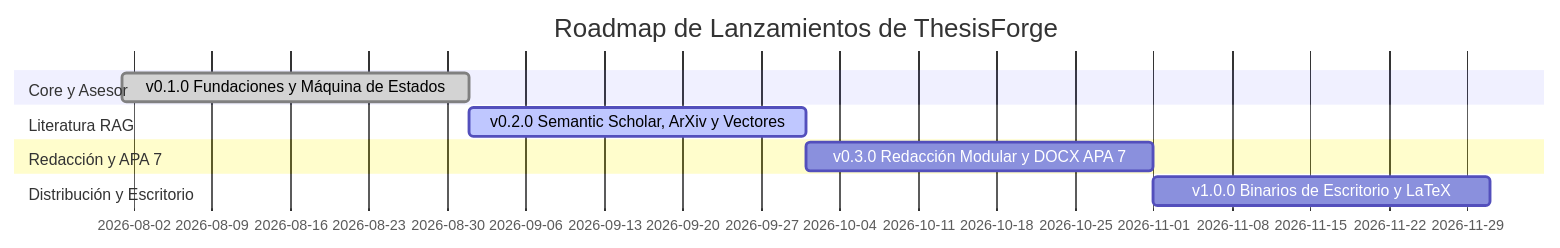
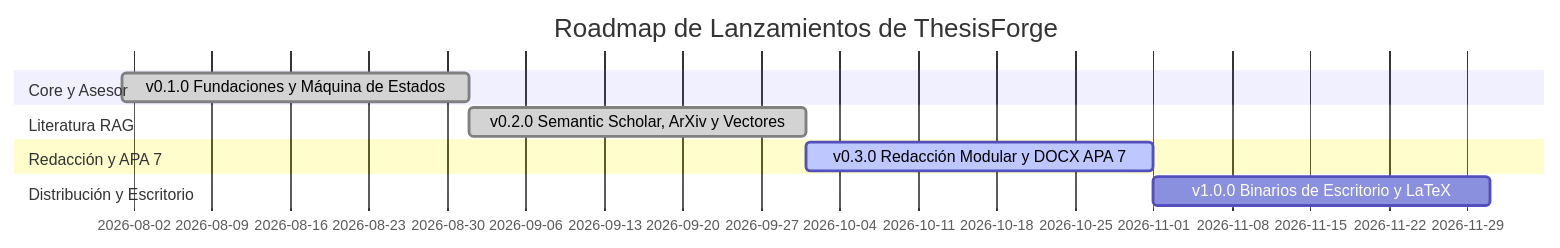
The diagram in ROADMAP.md (oscarbol09/thesisforge), drawn with Mermaid before and after one commit. The commit also changed other lines of this file and 1 other file, not shown here.

First line of the commit message:
docs(changelog): release v0.2.0 with rag motor, literature search, and apa 7 formatting

````diff
--- a/ROADMAP.md
+++ b/ROADMAP.md
@@ -15,13 +15,13 @@
 ```mermaid
 gantt
     title Roadmap de Lanzamientos de ThesisForge
     dateFormat  YYYY-MM
     section Core y Asesor
     v0.1.0 Fundaciones y Máquina de Estados       :done,    des1, 2026-08, 2026-09
     section Literatura RAG
-    v0.2.0 Semantic Scholar, ArXiv y Vectores    :active,  des2, 2026-09, 2026-10
+    v0.2.0 Semantic Scholar, ArXiv y Vectores    :done,    des2, 2026-09, 2026-10
     section Redacción y APA 7
-    v0.3.0 Redacción Modular y DOCX APA 7        :         des3, 2026-10, 2026-11
+    v0.3.0 Redacción Modular y DOCX APA 7        :active,  des3, 2026-10, 2026-11
     section Distribución y Escritorio
     v1.0.0 Binarios de Escritorio y LaTeX        :         des4, 2026-11, 2026-12
 ```
````
